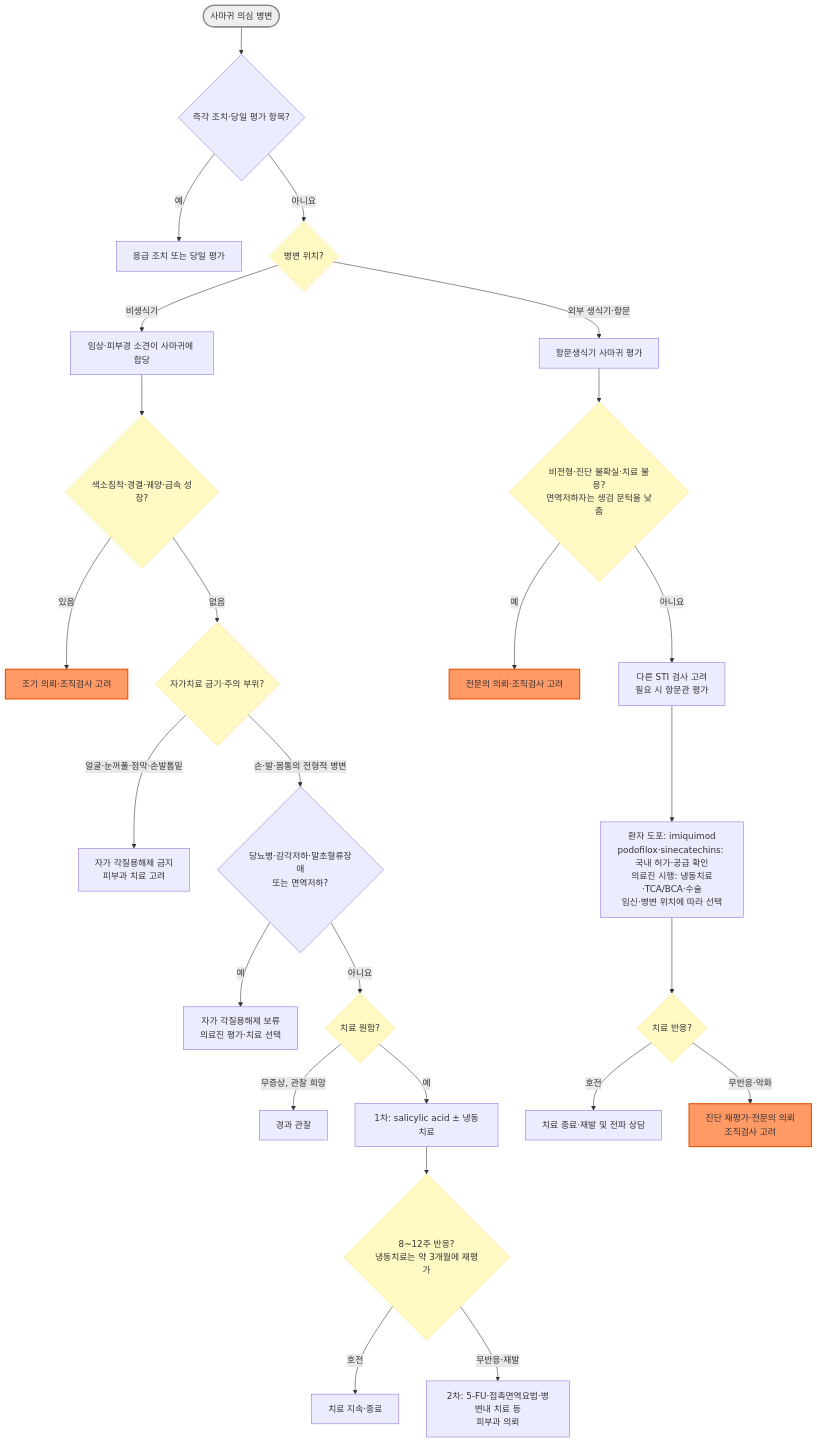
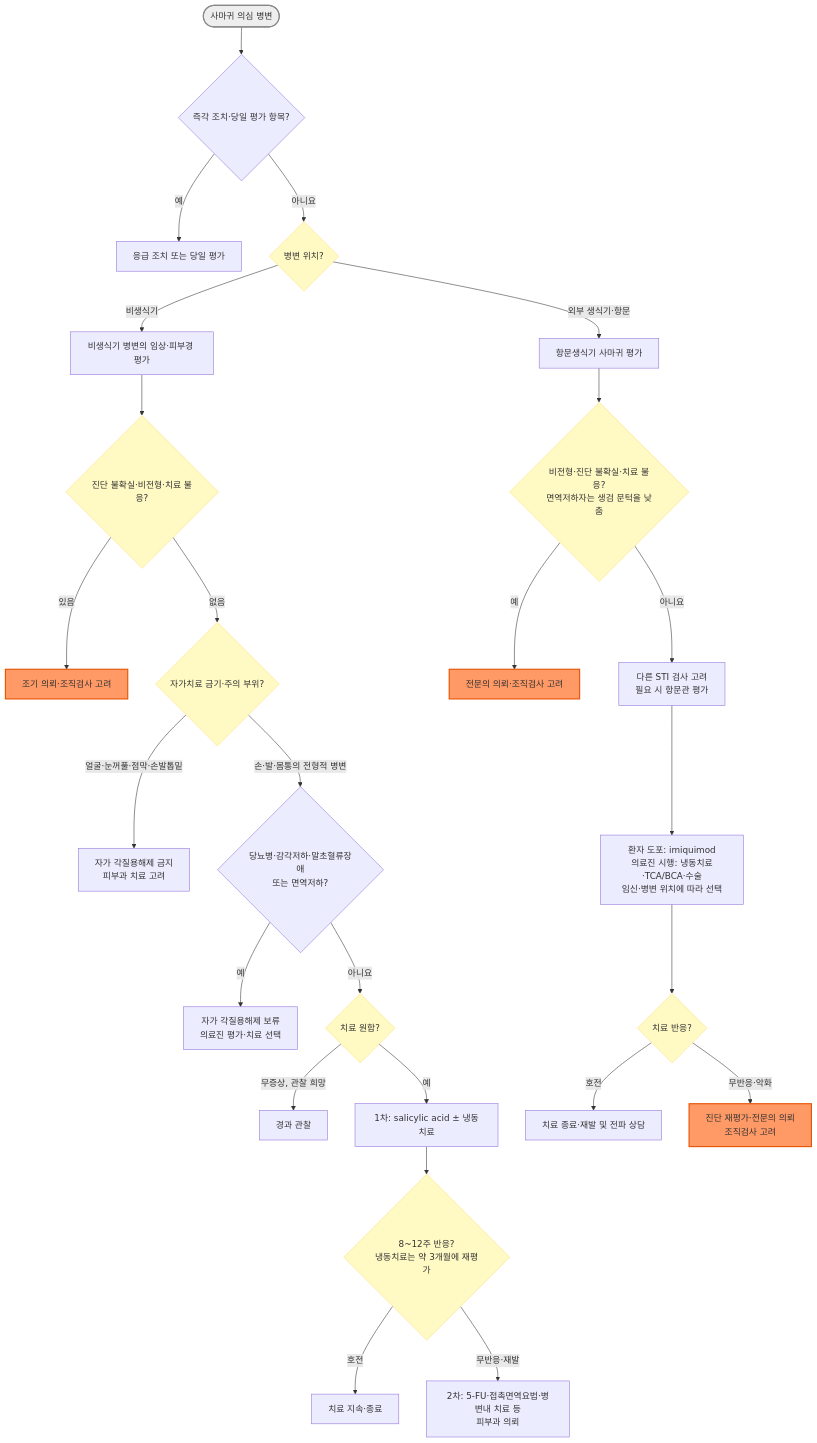
One commit to familyoh77/familyoh77 changed the diagram in 229_/182_-wart.md. Above: the diagram before and after it, drawn with Mermaid. The commit also changed other lines of this file and 9 other files, not shown here.

````diff
--- a/229_/182_-wart.md
+++ b/229_/182_-wart.md
@@ -123,41 +119,41 @@
 ```mermaid
 graph TD
     Start(["사마귀 의심 병변"]) --> Urgent{"즉각 조치·당일 평가 항목?"}
     Urgent -->|"예"| Now["응급 조치 또는 당일 평가"]
     Urgent -->|"아니요"| Loc{"병변 위치?"}
-    Loc -->|"비생식기"| NG["임상·피부경 소견이 사마귀에 합당"]
+    Loc -->|"비생식기"| NG["비생식기 병변의 임상·피부경 평가"]
     Loc -->|"외부 생식기·항문"| GW["항문생식기 사마귀 평가"]
 
-    NG --> Atyp{"색소침착·경결·궤양·급속 성장?"}
+    NG --> Atyp{"진단 불확실·비전형·치료 불응?"}
     Atyp -->|"있음"| Bx["조기 의뢰·조직검사 고려"]
     Atyp -->|"없음"| Site{"자가치료 금기·주의 부위?"}
     Site -->|"얼굴·눈꺼풀·점막·손발톱밑"| Special["자가 각질용해제 금지<br>피부과 치료 고려"]
     Site -->|"손·발·몸통의 전형적 병변"| Risk{"당뇨병·감각저하·말초혈류장애<br>또는 면역저하?"}
     Risk -->|"예"| Assess["자가 각질용해제 보류<br>의료진 평가·치료 선택"]
     Risk -->|"아니요"| Want{"치료 원함?"}
     Want -->|"무증상, 관찰 희망"| Obs["경과 관찰"]
     Want -->|"예"| L1["1차: salicylic acid ± 냉동치료"]
     L1 --> Resp{"8~12주 반응?<br>냉동치료는 약 3개월에 재평가"}
     Resp -->|"호전"| Cont["치료 지속·종료"]
     Resp -->|"무반응·재발"| L2["2차: 5-FU·접촉면역요법·병변내 치료 등<br>피부과 의뢰"]
 
     GW --> GAtyp{"비전형·진단 불확실·치료 불응?<br>면역저하자는 생검 문턱을 낮춤"}
     GAtyp -->|"예"| GBx["전문의 의뢰·조직검사 고려"]
     GAtyp -->|"아니요"| STI["다른 STI 검사 고려<br>필요 시 항문관 평가"]
-    STI --> GTx["환자 도포: imiquimod<br>podofilox·sinecatechins: 국내 허가·공급 확인<br>의료진 시행: 냉동치료·TCA/BCA·수술<br>임신·병변 위치에 따라 선택"]
+    STI --> GTx["환자 도포: imiquimod<br>의료진 시행: 냉동치료·TCA/BCA·수술<br>임신·병변 위치에 따라 선택"]
     GTx --> GResp{"치료 반응?"}
     GResp -->|"호전"| GDone["치료 종료·재발 및 전파 상담"]
     GResp -->|"무반응·악화"| Refer["진단 재평가·전문의 의뢰<br>조직검사 고려"]
 
     style Loc fill:#fff9c4,stroke:#ffe082
     style Atyp fill:#fff9c4,stroke:#ffe082
     style Site fill:#fff9c4,stroke:#ffe082
     style Want fill:#fff9c4,stroke:#ffe082
     style Resp fill:#fff9c4,stroke:#ffe082
     style GAtyp fill:#fff9c4,stroke:#ffe082
     style GResp fill:#fff9c4,stroke:#ffe082
     style Bx fill:#f96,stroke:#e65100,stroke-width:2px
     style GBx fill:#f96,stroke:#e65100,stroke-width:2px
     style Refer fill:#f96,stroke:#e65100,stroke-width:2px
     style Start fill:#eeeeee,stroke:#888888,stroke-width:2px
 ```
````
